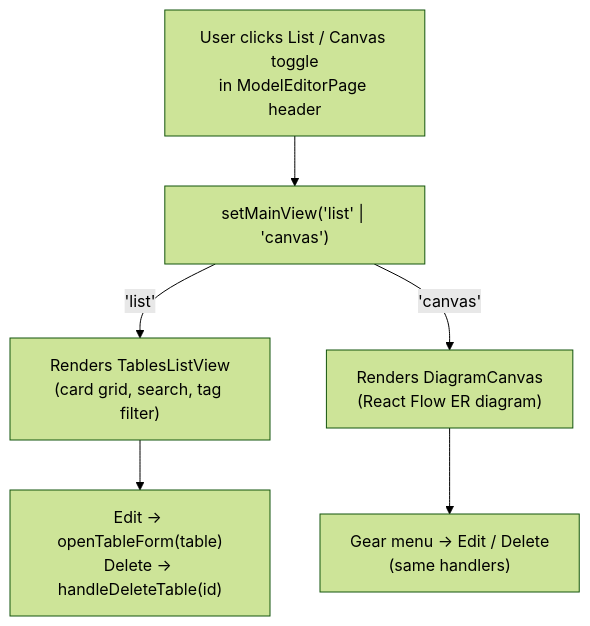
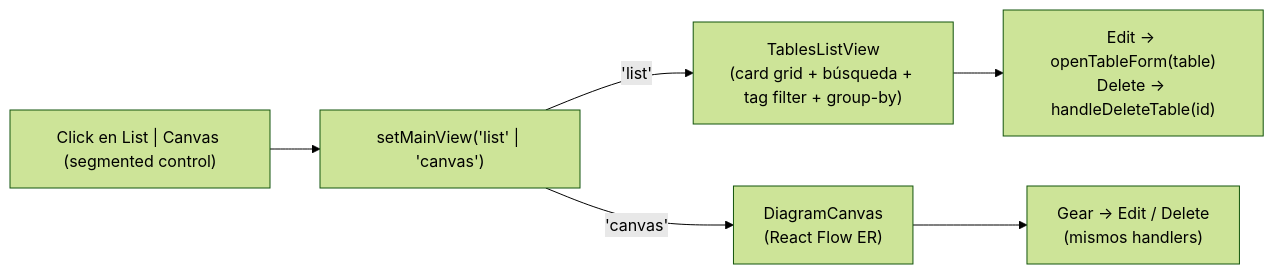
Before and after one commit to Carlosmps97/web-data-model-hub: the tenth of 13 diagrams in doc/data-flow.md, drawn with Mermaid (forest theme). The commit also changed other lines of this file and 5 other files, not shown here.

````diff
--- a/doc/data-flow.md
+++ b/doc/data-flow.md
@@ -186,8 +299,8 @@
 ```mermaid
-flowchart TD
-    T["User clicks List / Canvas toggle\nin ModelEditorPage header"] --> MV["setMainView('list' | 'canvas')"]
-    MV -->|"'list'"| LV["Renders TablesListView\n(card grid, search, tag filter)"]
-    MV -->|"'canvas'"| CV["Renders DiagramCanvas\n(React Flow ER diagram)"]
-    LV --> EA["Edit → openTableForm(table)\nDelete → handleDeleteTable(id)"]
-    CV --> GE["Gear menu → Edit / Delete\n(same handlers)"]
+flowchart LR
+    T["Click en List | Canvas (segmented control)"] --> MV["setMainView('list' | 'canvas')"]
+    MV -->|"'list'"| LV["TablesListView<br/>(card grid + búsqueda + tag filter + group-by)"]
+    MV -->|"'canvas'"| CV["DiagramCanvas<br/>(React Flow ER)"]
+    LV --> EA["Edit → openTableForm(table)<br/>Delete → handleDeleteTable(id)"]
+    CV --> GE["Gear → Edit / Delete<br/>(mismos handlers)"]
 ```
````
